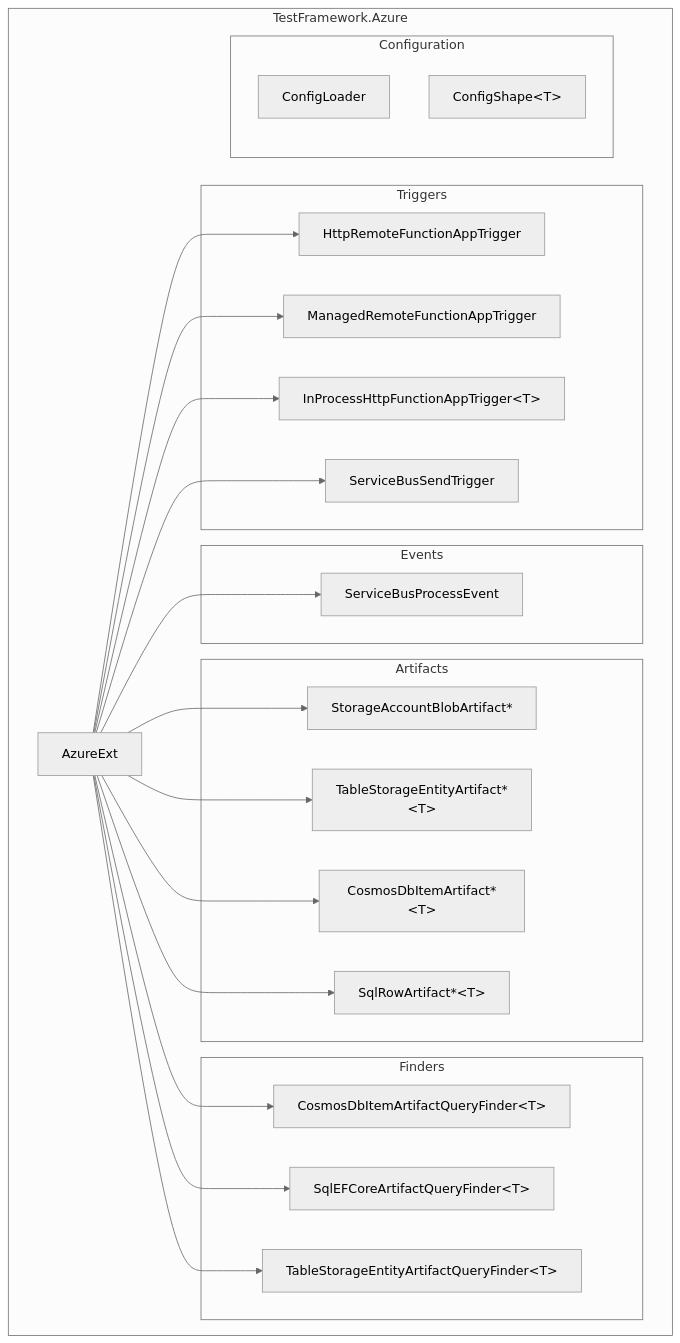
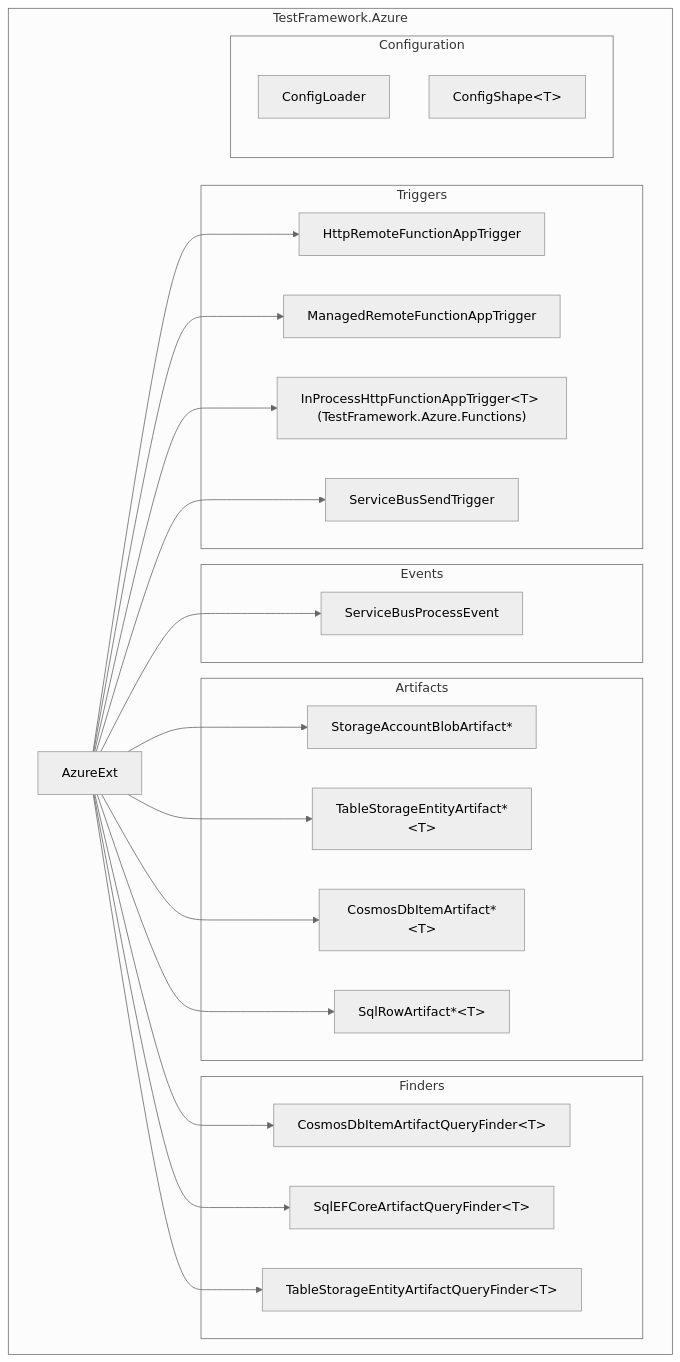
The third of 17 diagrams in Documentation/Arc42.md (DeadMoon0/TestFramework-Azure), drawn with Mermaid (neutral theme) before and after one commit. The commit also changed other lines of this file and 6 other files, not shown here.

Commit message:
Release workflow and docs for TestFramework.Azure.Functions

````diff
--- a/Documentation/Arc42.md
+++ b/Documentation/Arc42.md
@@ -173,42 +178,42 @@
 ```mermaid
 graph TB
     subgraph TestFramework.Azure
         ATF[AzureExt]
         subgraph Triggers
             FHTTP[HttpRemoteFunctionAppTrigger]
             FMAN[ManagedRemoteFunctionAppTrigger]
-            FIP["InProcessHttpFunctionAppTrigger&lt;T&gt;"]
+            FIP["InProcessHttpFunctionAppTrigger&lt;T&gt; (TestFramework.Azure.Functions)"]
             SBS[ServiceBusSendTrigger]
         end
         subgraph Artifacts
             BLOB[StorageAccountBlobArtifact*]
             TBL["TableStorageEntityArtifact*&lt;T&gt;"]
             COSM["CosmosDbItemArtifact*&lt;T&gt;"]
             SQLR["SqlRowArtifact*&lt;T&gt;"]
         end
         subgraph Events
             SBE[ServiceBusProcessEvent]
         end
         subgraph Finders
             COSMF["CosmosDbItemArtifactQueryFinder&lt;T&gt;"]
             SQLF["SqlEFCoreArtifactQueryFinder&lt;T&gt;"]
             TBLF["TableStorageEntityArtifactQueryFinder&lt;T&gt;"]
         end
         subgraph Configuration
             CL[ConfigLoader]
             CS["ConfigShape&lt;T&gt;"]
         end
     end
     ATF --> FHTTP
     ATF --> FMAN
     ATF --> FIP
     ATF --> SBS
     ATF --> SBE
     ATF --> BLOB
     ATF --> TBL
     ATF --> COSM
     ATF --> SQLR
     ATF --> COSMF
     ATF --> SQLF
     ATF --> TBLF
 ```
````
